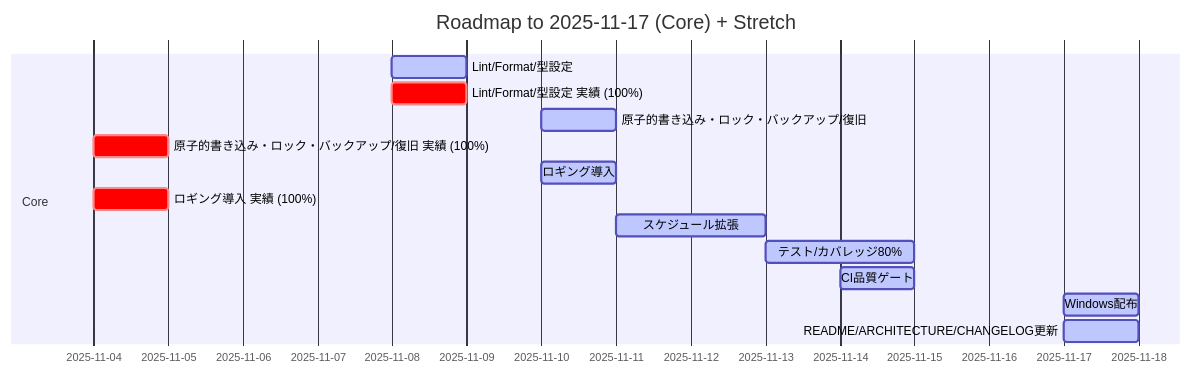
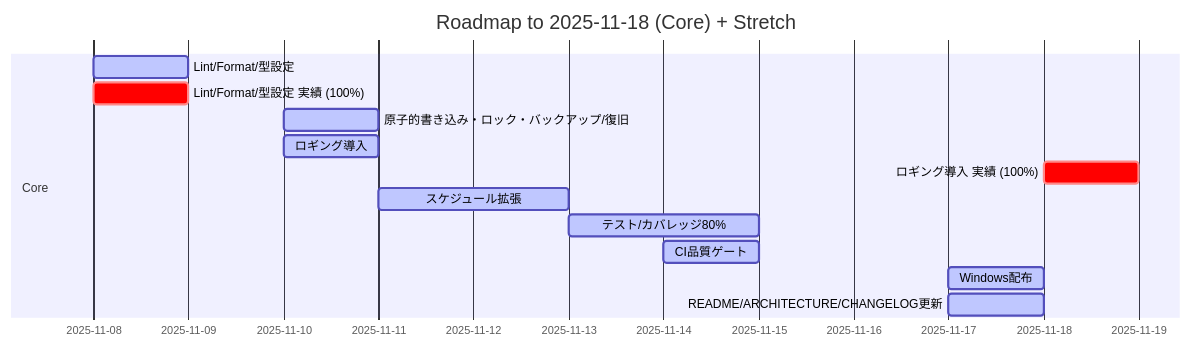
The diagram in docs/ROADMAP.md (takenet193/task-reminder-tool), drawn with Mermaid before and after one commit. The commit also changed other lines of this file and 5 other files, not shown here.

````diff
--- a/docs/ROADMAP.md
+++ b/docs/ROADMAP.md
@@ -37,25 +37,24 @@
 ```mermaid
 gantt
   dateFormat  YYYY-MM-DD
-  title Roadmap to 2025-11-17 (Core) + Stretch
+  title Roadmap to 2025-11-18 (Core) + Stretch
   section Core
   Lint/Format/型設定  :active, 2025-11-08, 1.0d
   Lint/Format/型設定 実績 (100%)  :crit, 2025-11-08, 1.0d
   原子的書き込み・ロック・バックアップ/復旧  :active, 2025-11-10, 1.0d
-  原子的書き込み・ロック・バックアップ/復旧 実績 (100%)  :crit, 2025-11-04, 1.0d
   ロギング導入  :active, 2025-11-10, 1.0d
-  ロギング導入 実績 (100%)  :crit, 2025-11-04, 1.0d
+  ロギング導入 実績 (100%)  :crit, 2025-11-18, 1.0d
   スケジュール拡張  :active, 2025-11-11, 2.0d
   テスト/カバレッジ80%  :active, 2025-11-13, 2.0d
   CI品質ゲート  :active, 2025-11-14, 1.0d
   Windows配布  :active, 2025-11-17, 1.0d
   README/ARCHITECTURE/CHANGELOG更新  :active, 2025-11-17, 1.0d
   section Stretch
   %% スケジュールUI (日付未定)
   %% 通知ディスパッチ (日付未定)
   %% Win/Mac表示差異吸収 (日付未定)
   %% macOS配布 (日付未定)
   %% MCP自動化 (日付未定)
   %% デモGIF作成 (日付未定)
   %% アーキ図/通知シーケンス図 (日付未定)
 ```
````
